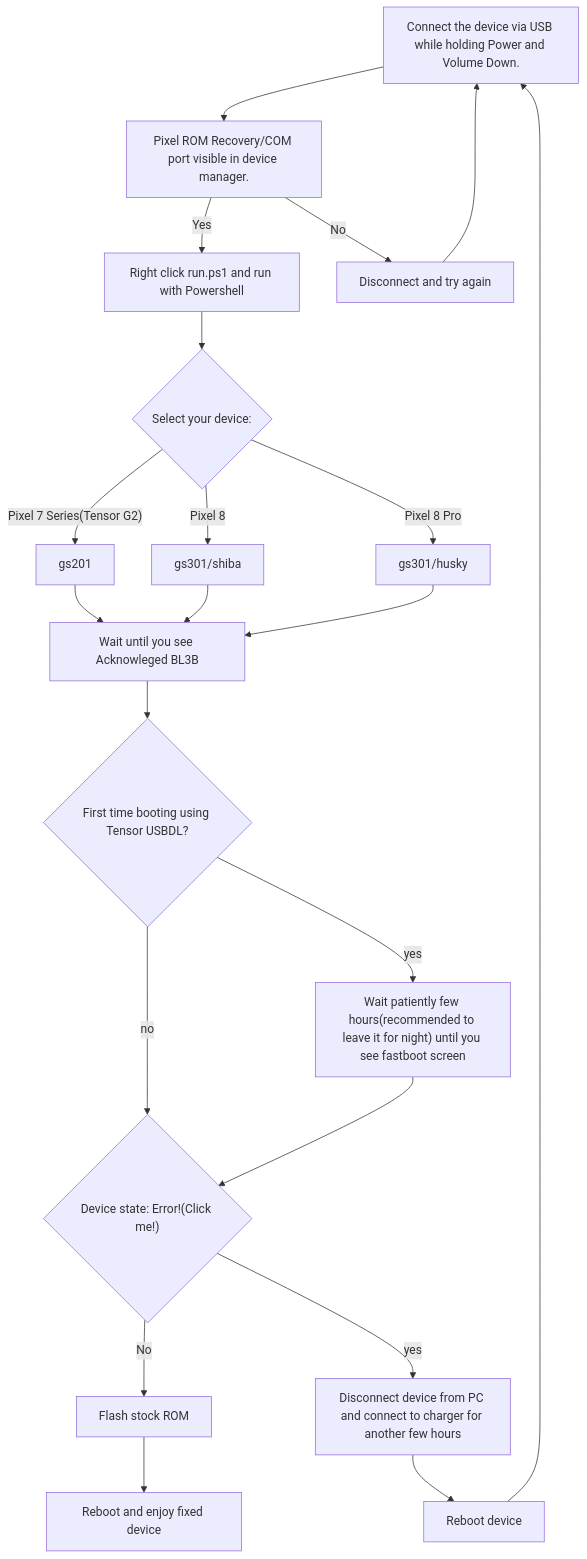
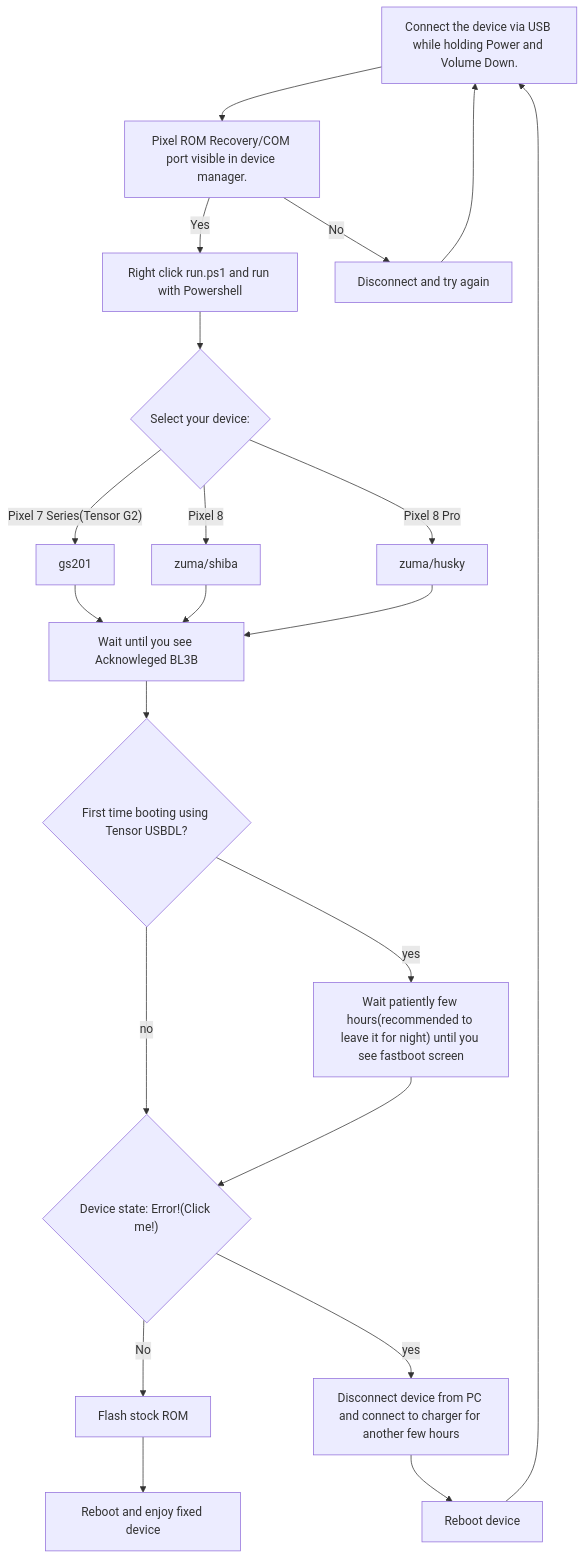
One commit to proxer05/usbdl-wiki changed the diagram in index.md. Above: the diagram before and after it, drawn with Mermaid.

Commit message:
Update device identifiers for Pixel 8 models

```diff
--- a/index.md
+++ b/index.md
@@ -17,26 +17,26 @@
 ~~~mermaid
 flowchart TD
     A[Connect the device via USB while holding Power and Volume Down.] --> B["Pixel ROM Recovery/COM port visible in device manager."]
     B -->|Yes| C[Right click run.ps1 and run with Powershell]
     B -->|No| D[Disconnect and try again]
     D --> A
     C --> E{"Select your device:"}
     E -->|"Pixel 7 Series(Tensor G2)"| F[gs201]
-    E -->|Pixel 8| G[gs301/shiba]
-    E -->|Pixel 8 Pro| H[gs301/husky]
+    E -->|Pixel 8| G[zuma/shiba]
+    E -->|Pixel 8 Pro| H[zuma/husky]
     F --> I[Wait until you see Acknowleged BL3B]
     G --> I 
     H --> I
     I --> W
     W{First time booting using Tensor USBDL?}-->|yes| J
     W -->|no| M
     J["Wait patiently few hours(recommended to leave it for night) until you see fastboot screen"]
     J --> M{"Device state: Error!(Click me!)"}
     click M href "https://raw.githubusercontent.com/proxer05/usbdl-wiki/main/pics/error-screen.png" "Open Image"
     N --> P[Reboot and enjoy fixed device]
     M -->|No| N[Flash stock ROM]
     M -->|yes| K[Disconnect device from PC and connect to charger for another few hours]
     L --> A
     K --> L[Reboot device]
 
 ~~~
```
